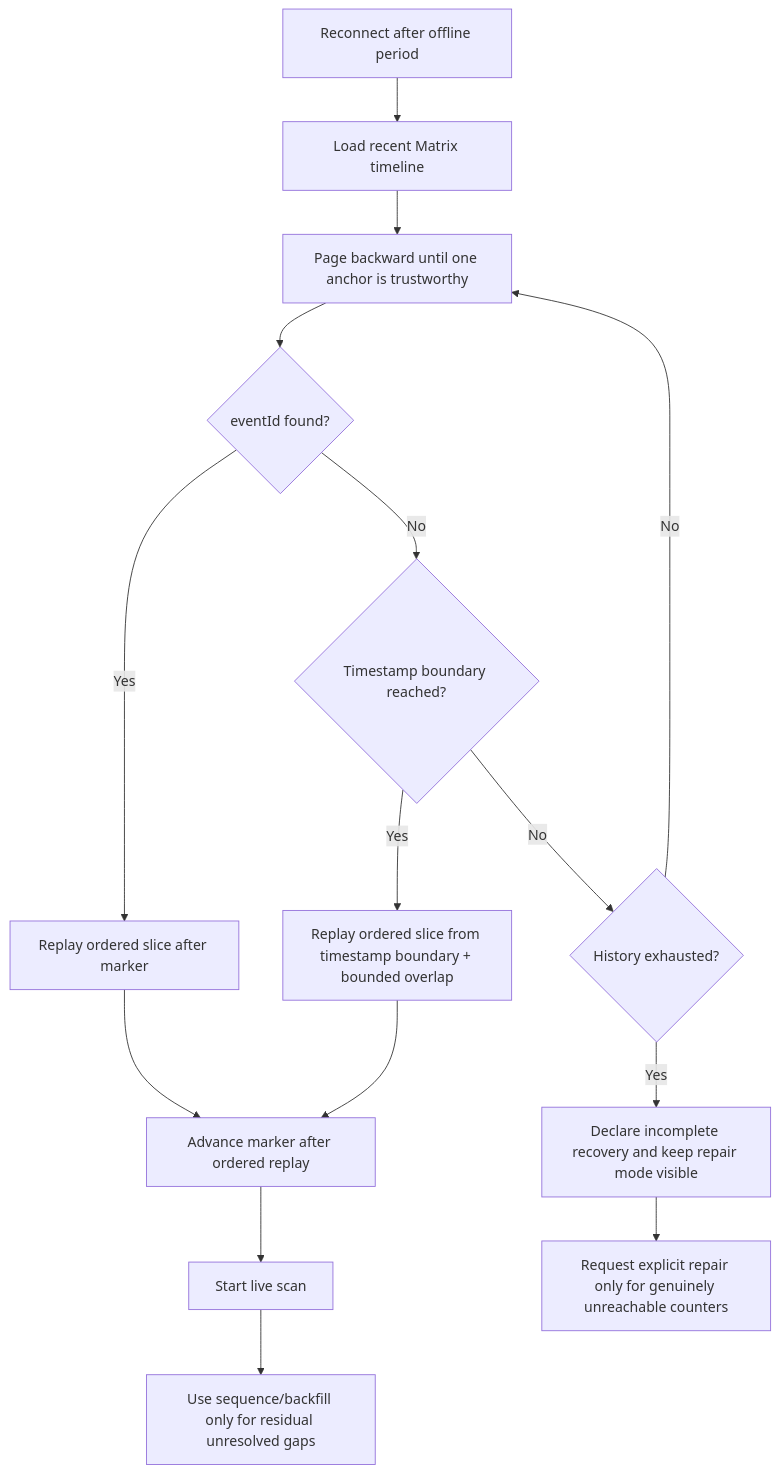
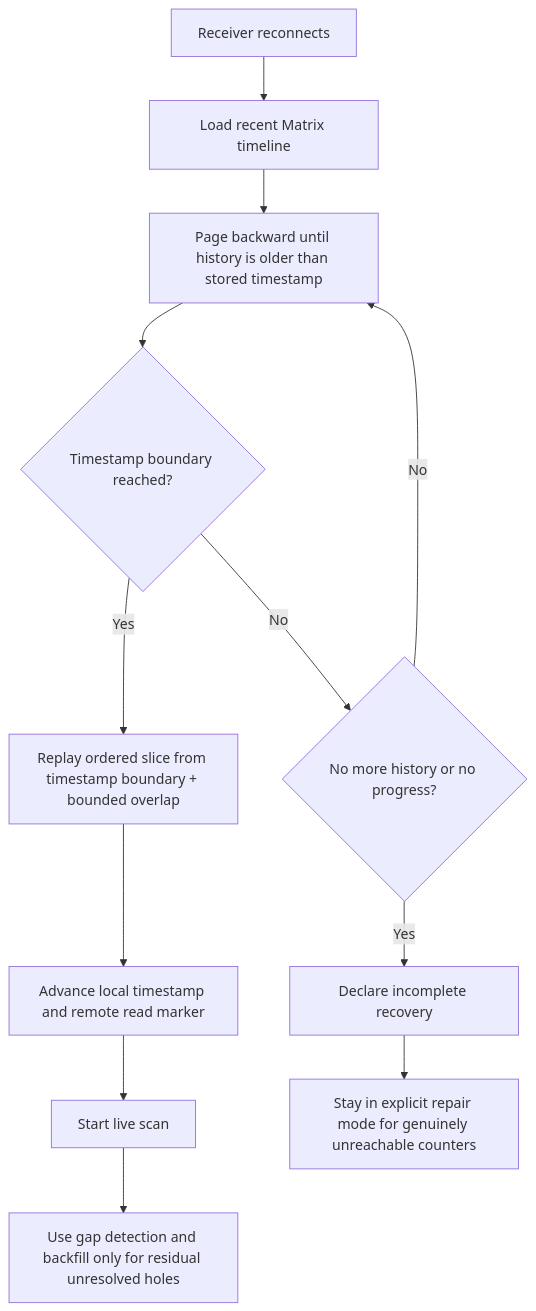
The second of 2 diagrams in docs/implementation_plans/2026-03-13_sender_offline_convergence.md (matthiasn/lotti), drawn with Mermaid before and after one commit. The commit also changed other lines of this file and 15 other files, not shown here.

````diff
--- a/docs/implementation_plans/2026-03-13_sender_offline_convergence.md
+++ b/docs/implementation_plans/2026-03-13_sender_offline_convergence.md
@@ -119,17 +131,14 @@
 ```mermaid
 flowchart TD
-    A["Reconnect after offline period"] --> B["Load recent Matrix timeline"]
-    B --> C["Page backward until one anchor is trustworthy"]
-    C --> D{"eventId found?"}
-    D -->|Yes| E["Replay ordered slice after marker"]
-    D -->|No| F{"Timestamp boundary reached?"}
-    F -->|Yes| G["Replay ordered slice from timestamp boundary + bounded overlap"]
-    F -->|No| H{"History exhausted?"}
-    H -->|No| C
-    H -->|Yes| I["Declare incomplete recovery and keep repair mode visible"]
-    E --> J["Advance marker after ordered replay"]
-    G --> J
-    J --> K["Start live scan"]
-    K --> L["Use sequence/backfill only for residual unresolved gaps"]
-    I --> M["Request explicit repair only for genuinely unreachable counters"]
+    A["Receiver reconnects"] --> B["Load recent Matrix timeline"]
+    B --> C["Page backward until history is older than stored timestamp"]
+    C --> D{"Timestamp boundary reached?"}
+    D -->|No| E{"No more history or no progress?"}
+    E -->|No| C
+    E -->|Yes| F["Declare incomplete recovery"]
+    D -->|Yes| G["Replay ordered slice from timestamp boundary + bounded overlap"]
+    G --> H["Advance local timestamp and remote read marker"]
+    H --> I["Start live scan"]
+    I --> J["Use gap detection and backfill only for residual unresolved holes"]
+    F --> K["Stay in explicit repair mode for genuinely unreachable counters"]
 ```
````
